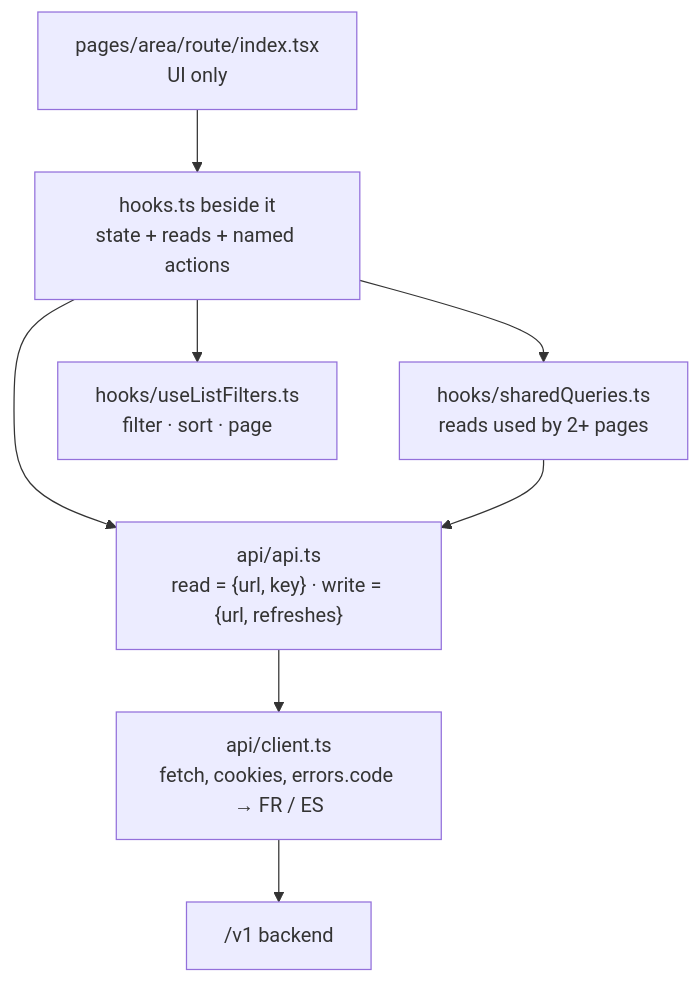
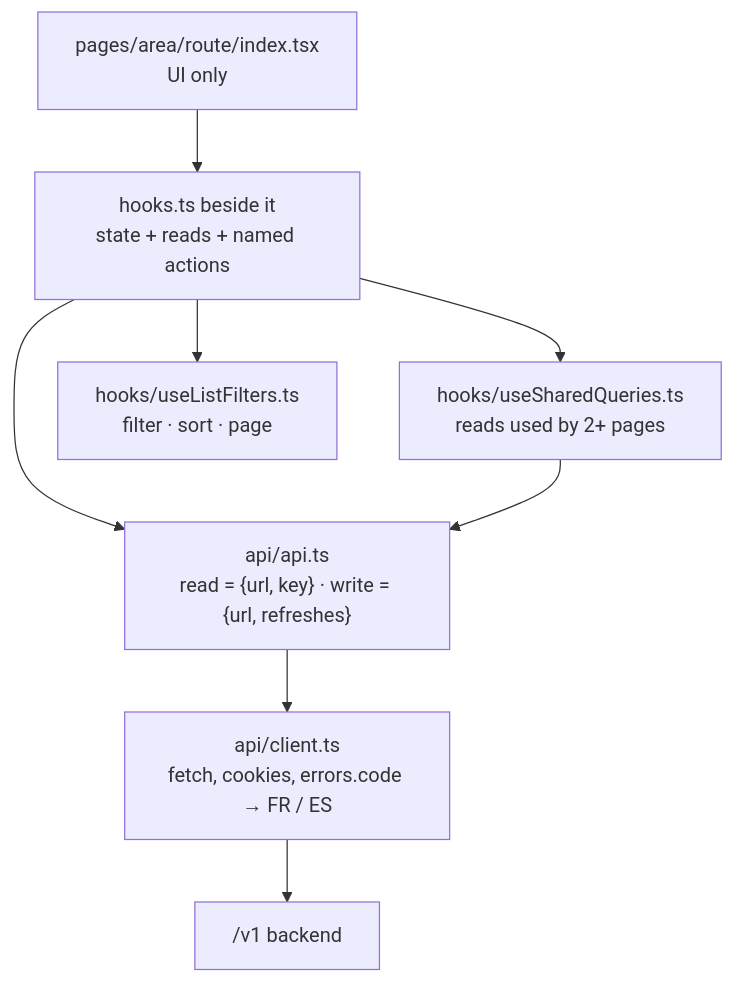
Before and after one commit to ura-computing/ura-posix: diagram 12 of 18 in README.md, drawn with Mermaid. The commit also changed other lines of this file and 158 other files, not shown here.

````diff
--- a/README.md
+++ b/README.md
@@ -473,10 +473,10 @@
 ```mermaid
 flowchart TB
   P["pages/area/route/index.tsx<br/>UI only"] --> H["hooks.ts beside it<br/>state + reads + named actions"]
-  H --> SQ["hooks/sharedQueries.ts<br/>reads used by 2+ pages"]
+  H --> SQ["hooks/useSharedQueries.ts<br/>reads used by 2+ pages"]
   H --> LF["hooks/useListFilters.ts<br/>filter · sort · page"]
   H --> API["api/api.ts<br/>read = {url, key} · write = {url, refreshes}"]
   SQ --> API
   API --> CL["api/client.ts<br/>fetch, cookies, errors.code → FR / ES"]
   CL --> BE["/v1 backend"]
 ```
````
